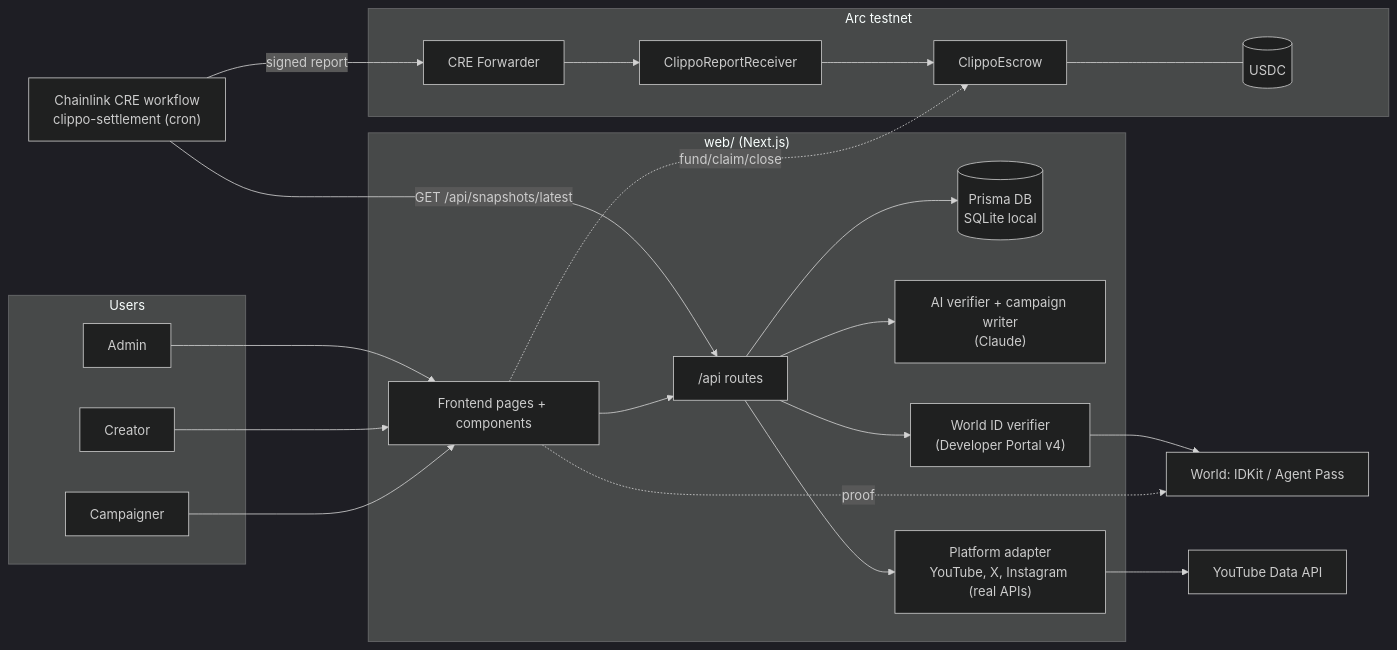
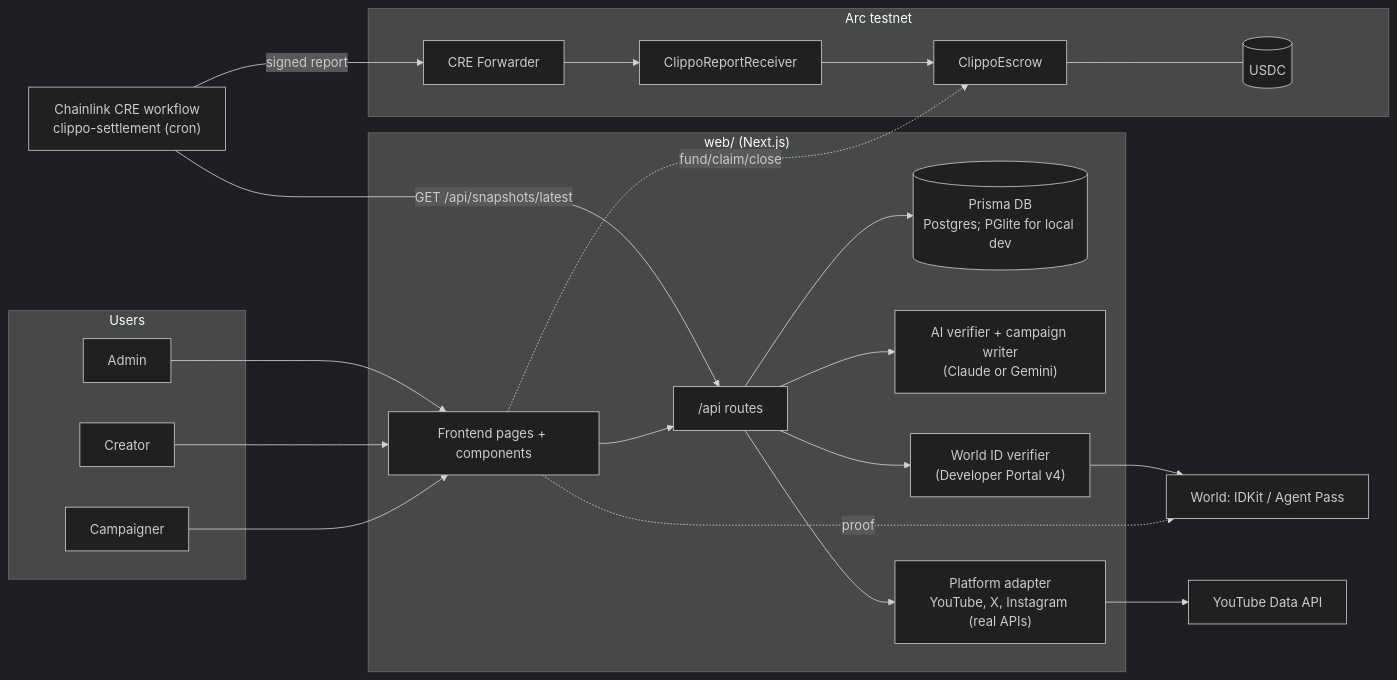
One commit to Tan0610/Clippo_EthMumbai changed the first of 2 diagrams in docs/ARCHITECTURE.md. Above: the diagram before and after it, drawn with Mermaid (dark theme). The commit also changed other lines of this file and 16 other files, not shown here.

````diff
--- a/docs/ARCHITECTURE.md
+++ b/docs/ARCHITECTURE.md
@@ -5,37 +5,37 @@
 ```mermaid
 flowchart LR
   subgraph Users
     CAMP[Campaigner]
     CRE_USER[Creator]
     ADM[Admin]
   end
   subgraph Web["web/ (Next.js)"]
     UI[Frontend pages + components]
     API["/api routes"]
-    DB[(Prisma DB<br/>SQLite local)]
-    AI["AI verifier + campaign writer<br/>(Claude)"]
+    DB[(Prisma DB<br/>Postgres; PGlite for local dev)]
+    AI["AI verifier + campaign writer<br/>(Claude or Gemini)"]
     WID["World ID verifier<br/>(Developer Portal v4)"]
     PLAT["Platform adapter<br/>YouTube, X, Instagram (real APIs)"]
   end
   subgraph Arc["Arc testnet"]
     ESC[ClippoEscrow]
     RCV[ClippoReportReceiver]
     USDC[(USDC)]
     FWD[CRE Forwarder]
   end
   CRE["Chainlink CRE workflow<br/>clippo-settlement (cron)"]
   WORLD["World: IDKit / Agent Pass"]
   YT[YouTube Data API]
 
   CAMP & CRE_USER & ADM --> UI
   UI --> API
   API --> DB
   API --> AI
   API --> PLAT --> YT
   UI -. proof .-> WORLD
   API --> WID --> WORLD
   UI -. "fund/claim/close" .-> ESC
   ESC --- USDC
   CRE -- "GET /api/snapshots/latest" --> API
   CRE -- "signed report" --> FWD --> RCV --> ESC
 ```
````
